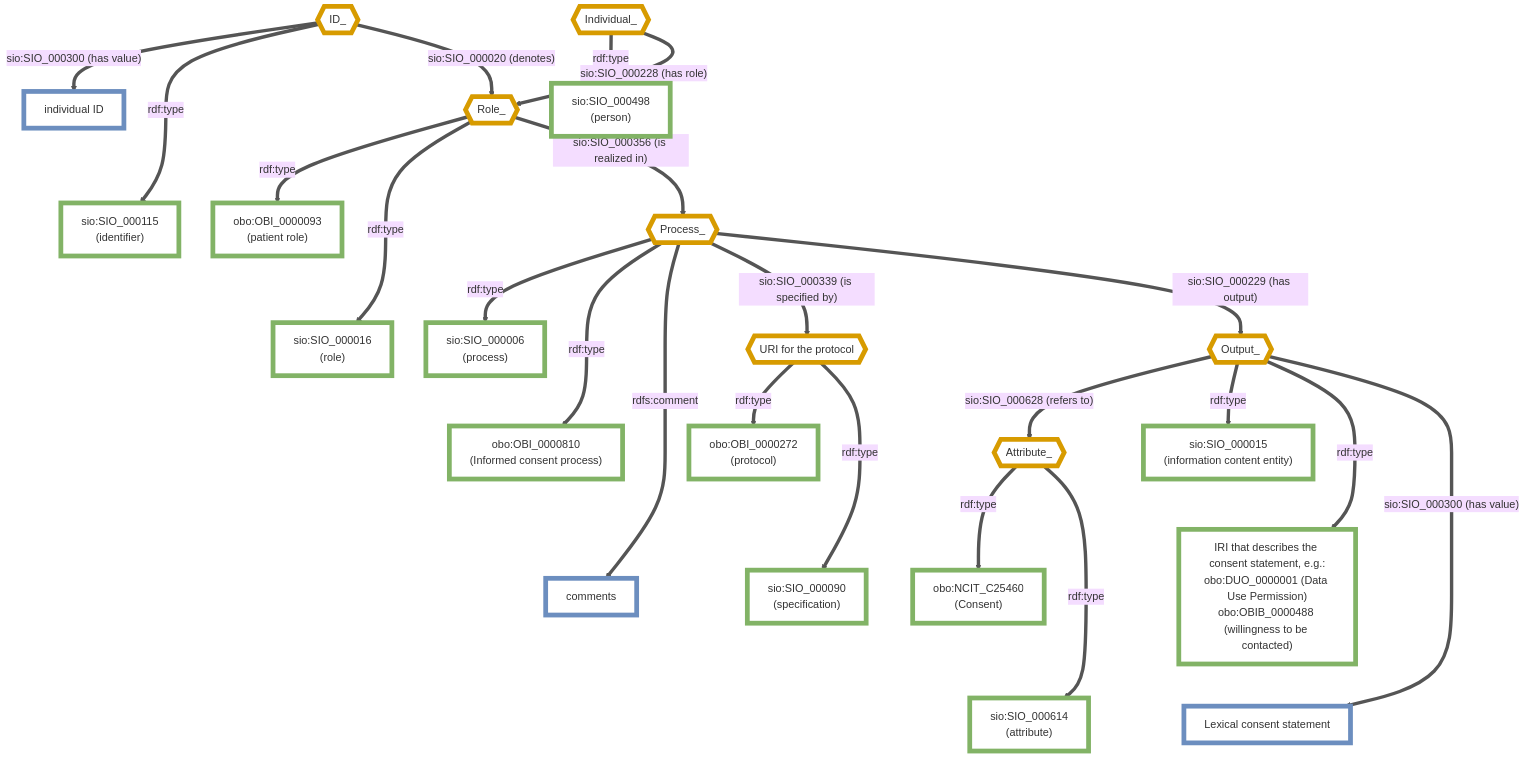
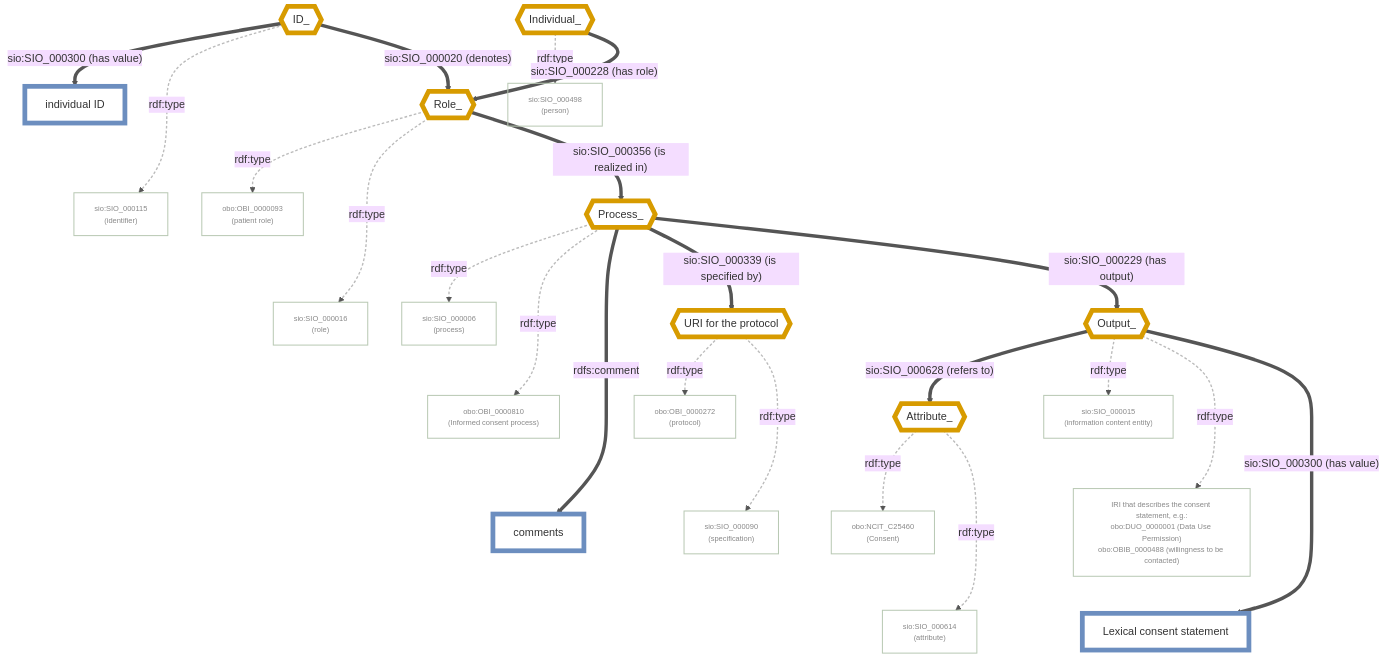
Before and after one commit to wilkinsonlab/CARE-Semantic-Model-Version-2: the diagram in CARE-SM-obo-Consent.md, drawn with Mermaid (base theme). The commit also changed 21 other files, not shown here.

Commit message:
rdf:type is now transparent so it doesn't ingterfere with the rest of the diagram.  So much better!

````diff
--- a/CARE-SM-obo-Consent.md
+++ b/CARE-SM-obo-Consent.md
@@ -14,74 +14,76 @@
 ```mermaid
 flowchart TD
     classDef usedInstance fill:#ffffff,stroke:#d79b00,stroke-width:7px,color:#333
-    classDef classNode fill:#ffffff,stroke:#82b366,stroke-width:7px,color:#333
+    classDef classNode fill:transparent,stroke:#b9c9b4,stroke-width:1.5px,color:#888,font-size:11px
     classDef dataValue fill:#ffffff,stroke:#6c8ebf,stroke-width:7px,color:#333
     linkStyle default stroke:#555,stroke-width:5px
 
     %% Instances
     ID_{{ID_}}:::usedInstance
     Individual_{{Individual_}}:::usedInstance
     Role_{{Role_}}:::usedInstance
     Process_{{Process_}}:::usedInstance
     URIProtocol{{"URI for the protocol"}}:::usedInstance
     Output_{{Output_}}:::usedInstance
     Attribute_{{Attribute_}}:::usedInstance
 
     %% Classes
     SIO_000115["sio:SIO_000115<br/>(identifier)"]:::classNode
     SIO_000498["sio:SIO_000498<br/>(person)"]:::classNode
     OBI_0000093["obo:OBI_0000093<br/>(patient role)"]:::classNode
     SIO_000016["sio:SIO_000016<br/>(role)"]:::classNode
     SIO_000006["sio:SIO_000006<br/>(process)"]:::classNode
     OBI_0000810["obo:OBI_0000810<br/>(Informed consent process)"]:::classNode
     OBI_0000272["obo:OBI_0000272<br/>(protocol)"]:::classNode
     SIO_000090["sio:SIO_000090<br/>(specification)"]:::classNode
     SIO_000015["sio:SIO_000015<br/>(information content entity)"]:::classNode
     DUO_0000001["IRI that describes the consent statement, e.g.:<br/>obo:DUO_0000001 (Data Use Permission)<br/>obo:OBIB_0000488 (willingness to be contacted)"]:::classNode
     NCIT_C25460["obo:NCIT_C25460<br/>(Consent)"]:::classNode
     SIO_000614["sio:SIO_000614<br/>(attribute)"]:::classNode
 
     %% Data values
     IndividualID["individual ID"]:::dataValue
     Comments["comments"]:::dataValue
     LexicalConsentStatement["Lexical consent statement"]:::dataValue
 
     %% Real edges (indices 0-20)
     ID_ -->|"sio:SIO_000300 (has value)"| IndividualID
     ID_ -->|"rdf:type"| SIO_000115
     ID_ -->|"sio:SIO_000020 (denotes)"| Role_
 
     Individual_ -->|"rdf:type"| SIO_000498
     Individual_ -->|"sio:SIO_000228 (has role)"| Role_
 
     Role_ -->|"rdf:type"| OBI_0000093
     Role_ -->|"rdf:type"| SIO_000016
     Role_ -->|"sio:SIO_000356 (is realized in)"| Process_
 
     Process_ -->|"rdf:type"| SIO_000006
     Process_ -->|"rdf:type"| OBI_0000810
     Process_ -->|"rdfs:comment"| Comments
     Process_ -->|"sio:SIO_000339 (is specified by)"| URIProtocol
     Process_ -->|"sio:SIO_000229 (has output)"| Output_
 
     URIProtocol -->|"rdf:type"| OBI_0000272
     URIProtocol -->|"rdf:type"| SIO_000090
 
     Output_ -->|"sio:SIO_000628 (refers to)"| Attribute_
     Output_ -->|"rdf:type"| SIO_000015
     Output_ -->|"rdf:type"| DUO_0000001
     Output_ -->|"sio:SIO_000300 (has value)"| LexicalConsentStatement
 
     Attribute_ -->|"rdf:type"| NCIT_C25460
     Attribute_ -->|"rdf:type"| SIO_000614
 
     %% Invisible layout-only chains (indices 21-28, hidden below) force siblings into one column
     IndividualID ~~~ SIO_000115
     OBI_0000093 ~~~ SIO_000016
     SIO_000006 ~~~ OBI_0000810 ~~~ Comments
     OBI_0000272 ~~~ SIO_000090
     SIO_000015 ~~~ DUO_0000001 ~~~ LexicalConsentStatement
     NCIT_C25460 ~~~ SIO_000614
 
+    %% rdf:type edges (indices 1,3,5,6,8,9,13,14,16,17,19,20) de-emphasized so the structural backbone stands out
+    linkStyle 1,3,5,6,8,9,13,14,16,17,19,20 stroke:#bbb,stroke-width:2px,stroke-dasharray:4 3
     linkStyle 21,22,23,24,25,26,27,28 stroke:none
 ```
````
